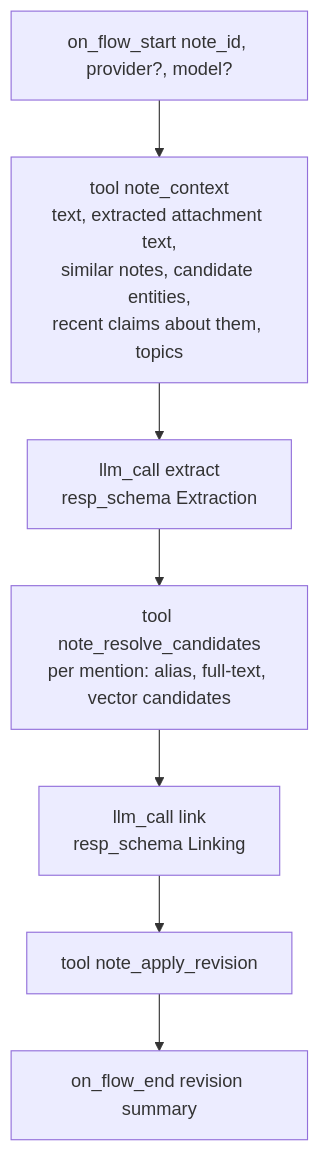
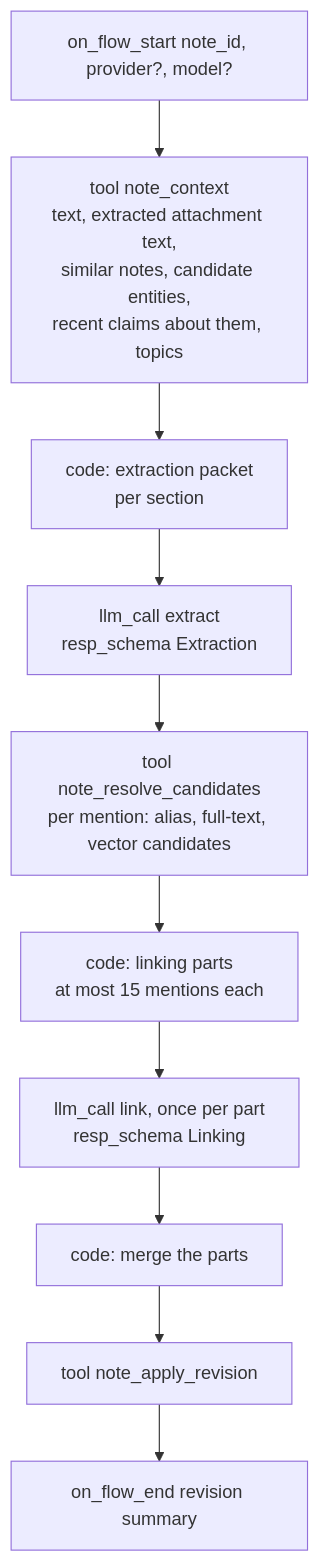
One commit to lpalbou/AbstractNote changed the second of 4 diagrams in docs/cognition.md. Above: the diagram before and after it, drawn with Mermaid. The commit also changed other lines of this file and 35 other files, not shown here.

````diff
--- a/docs/cognition.md
+++ b/docs/cognition.md
@@ -64,9 +64,12 @@
 ```mermaid
 flowchart TD
     S[on_flow_start note_id, provider?, model?] --> X[tool note_context<br/>text, extracted attachment text,<br/>similar notes, candidate entities,<br/>recent claims about them, topics]
-    X --> E[llm_call extract<br/>resp_schema Extraction]
+    X --> P1[code: extraction packet<br/>per section]
+    P1 --> E[llm_call extract<br/>resp_schema Extraction]
     E --> R[tool note_resolve_candidates<br/>per mention: alias, full-text, vector candidates]
-    R --> J[llm_call link<br/>resp_schema Linking]
-    J --> A[tool note_apply_revision]
+    R --> P2[code: linking parts<br/>at most 15 mentions each]
+    P2 --> J[llm_call link, once per part<br/>resp_schema Linking]
+    J --> M[code: merge the parts]
+    M --> A[tool note_apply_revision]
     A --> Z[on_flow_end revision summary]
 ```
````
